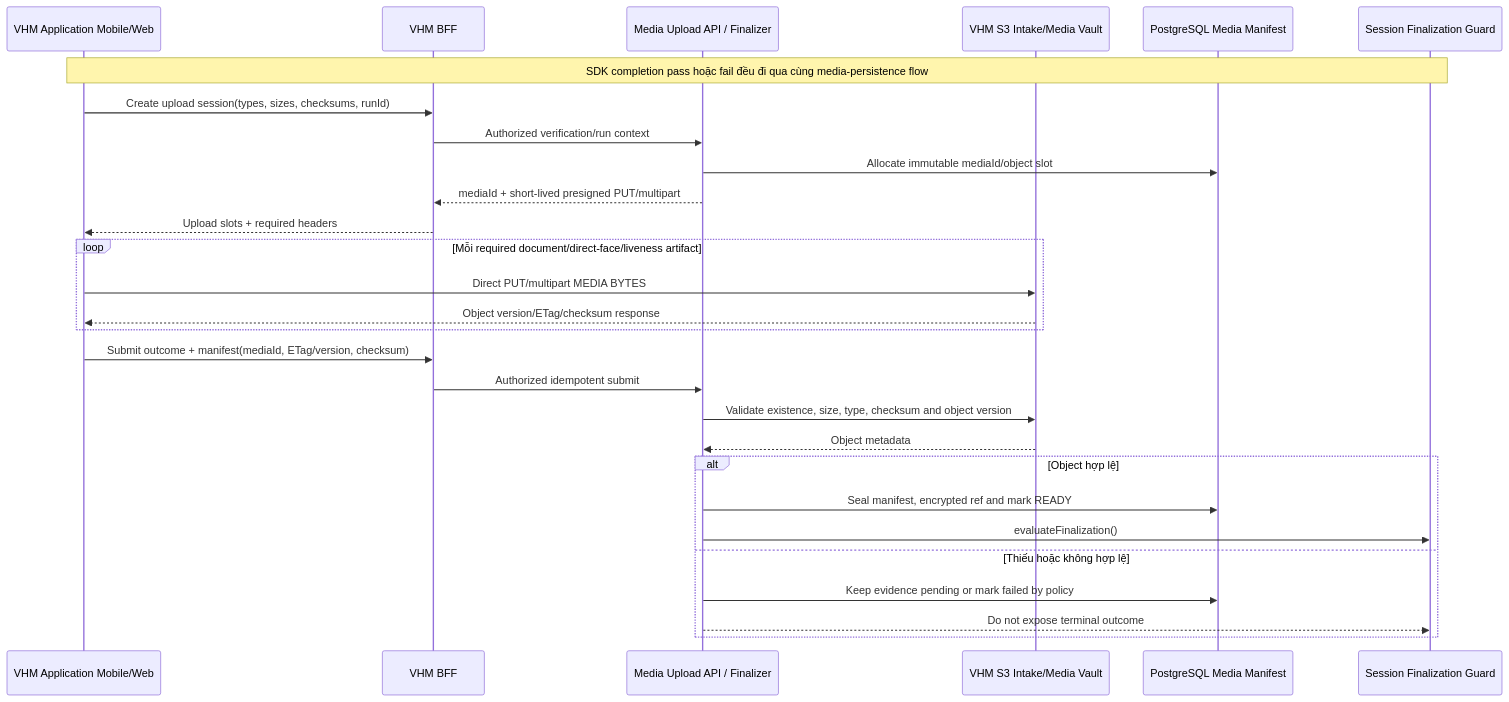
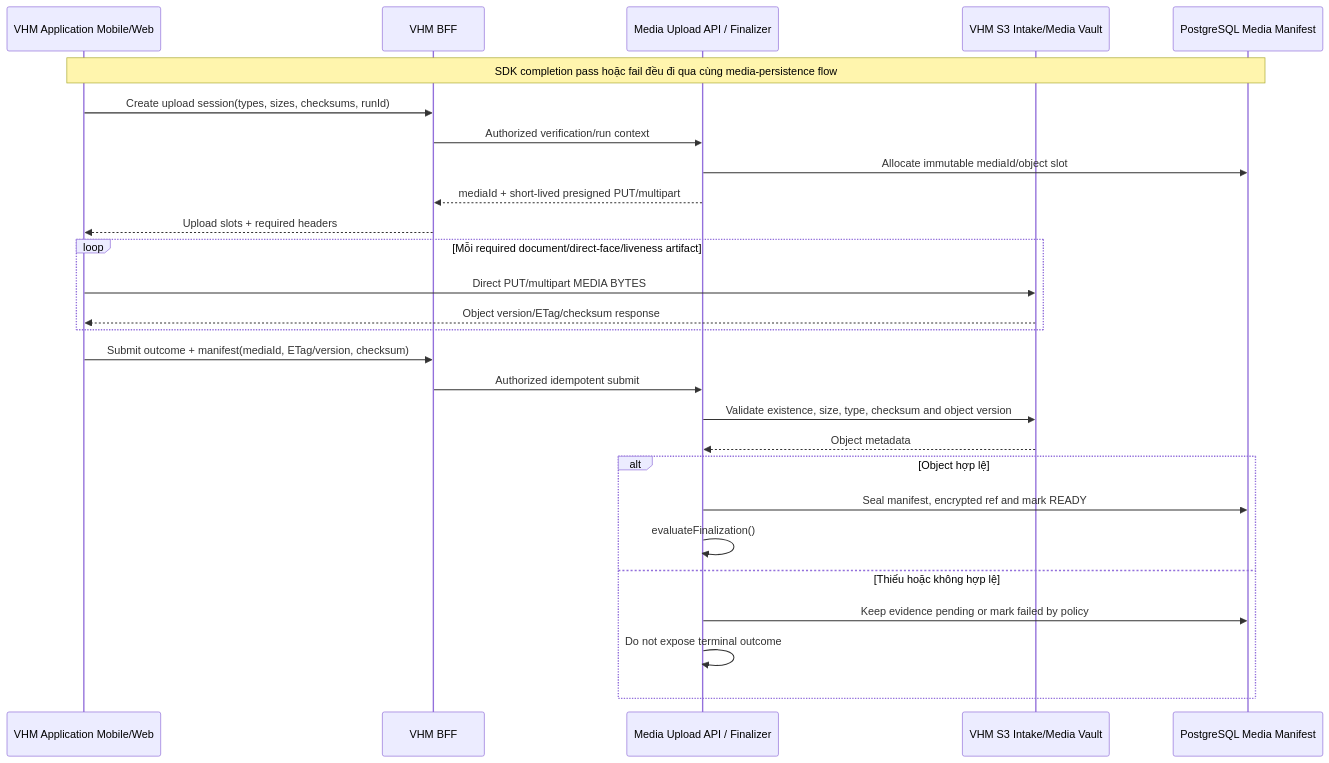
Before and after one commit to huynv-xyz/vhm: the fourth of 19 diagrams in tdd2.md, drawn with Mermaid. The commit also changed other lines of this file, not shown here.

````diff
--- a/tdd2.md
+++ b/tdd2.md
@@ -523,31 +515,30 @@
 ```mermaid
 sequenceDiagram
     participant APP as VHM Application Mobile/Web
     participant BFF as VHM BFF
     participant MEDIA as Media Upload API / Finalizer
     participant S3 as VHM S3 Intake/Media Vault
     participant DB as PostgreSQL Media Manifest
-    participant CORE as Session Finalization Guard
 
-    Note over APP,CORE: SDK completion pass hoặc fail đều đi qua cùng media-persistence flow
+    Note over APP,DB: SDK completion pass hoặc fail đều đi qua cùng media-persistence flow
     APP->>BFF: Create upload session(types, sizes, checksums, runId)
     BFF->>MEDIA: Authorized verification/run context
     MEDIA->>DB: Allocate immutable mediaId/object slot
     MEDIA-->>BFF: mediaId + short-lived presigned PUT/multipart
     BFF-->>APP: Upload slots + required headers
     loop Mỗi required document/direct-face/liveness artifact
         APP->>S3: Direct PUT/multipart MEDIA BYTES
         S3-->>APP: Object version/ETag/checksum response
     end
     APP->>BFF: Submit outcome + manifest(mediaId, ETag/version, checksum)
     BFF->>MEDIA: Authorized idempotent submit
     MEDIA->>S3: Validate existence, size, type, checksum and object version
     S3-->>MEDIA: Object metadata
     alt Object hợp lệ
         MEDIA->>DB: Seal manifest, encrypted ref and mark READY
-        MEDIA->>CORE: evaluateFinalization()
+        MEDIA->>MEDIA: evaluateFinalization()
     else Thiếu hoặc không hợp lệ
         MEDIA->>DB: Keep evidence pending or mark failed by policy
-        MEDIA-->>CORE: Do not expose terminal outcome
+        MEDIA->>MEDIA: Do not expose terminal outcome
     end
 ```
````
